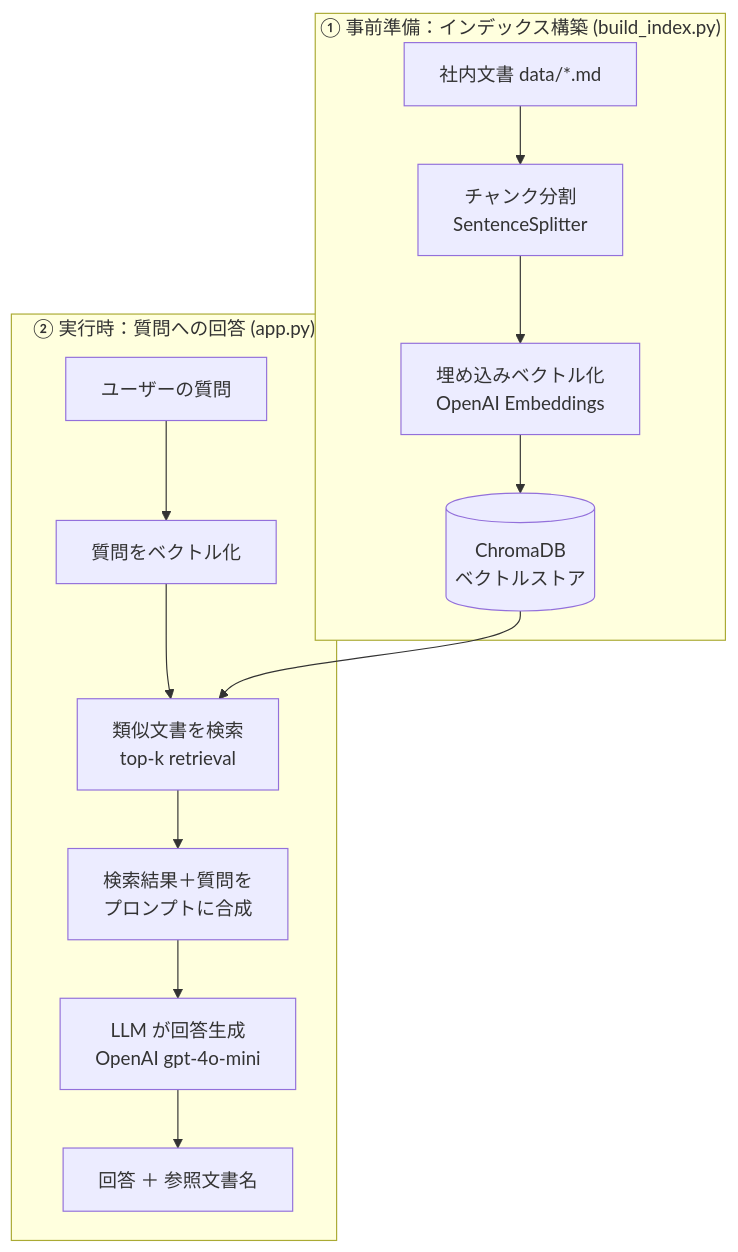
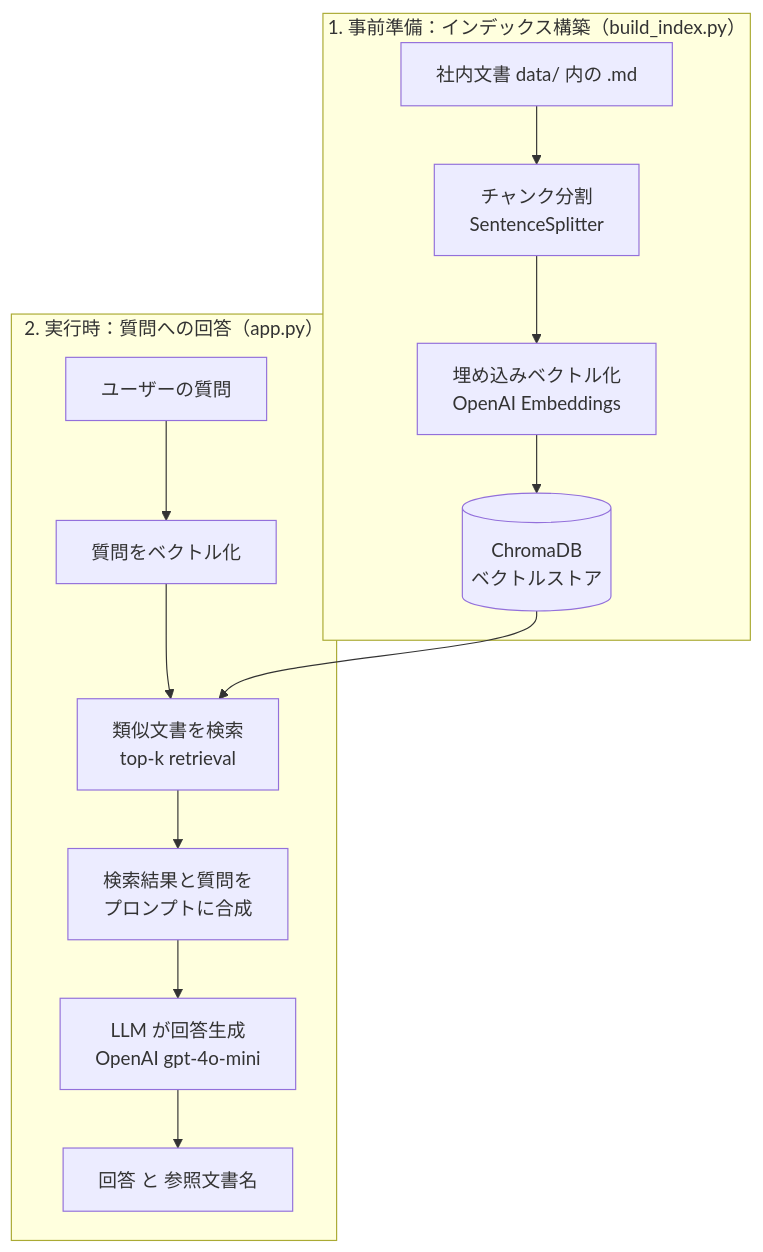
One commit to shun-kakizawa/faq-bot-mvp changed the diagram in README.md. Above: the diagram before and after it, drawn with Mermaid.

````diff
--- a/README.md
+++ b/README.md
@@ -41,17 +41,17 @@
 ```mermaid
 flowchart TD
-    subgraph Ingest["① 事前準備：インデックス構築 (build_index.py)"]
-        A[社内文書 data/*.md] --> B[チャンク分割<br/>SentenceSplitter]
-        B --> C[埋め込みベクトル化<br/>OpenAI Embeddings]
-        C --> D[(ChromaDB<br/>ベクトルストア)]
+    subgraph Ingest["1. 事前準備：インデックス構築（build_index.py）"]
+        A["社内文書 data/ 内の .md"] --> B["チャンク分割<br/>SentenceSplitter"]
+        B --> C["埋め込みベクトル化<br/>OpenAI Embeddings"]
+        C --> D[("ChromaDB<br/>ベクトルストア")]
     end
 
-    subgraph Query["② 実行時：質問への回答 (app.py)"]
-        Q[ユーザーの質問] --> E[質問をベクトル化]
-        E --> F[類似文書を検索<br/>top-k retrieval]
+    subgraph Query["2. 実行時：質問への回答（app.py）"]
+        Q["ユーザーの質問"] --> E["質問をベクトル化"]
+        E --> F["類似文書を検索<br/>top-k retrieval"]
         D --> F
-        F --> G[検索結果＋質問を<br/>プロンプトに合成]
-        G --> H[LLM が回答生成<br/>OpenAI gpt-4o-mini]
-        H --> R[回答 ＋ 参照文書名]
+        F --> G["検索結果と質問を<br/>プロンプトに合成"]
+        G --> H["LLM が回答生成<br/>OpenAI gpt-4o-mini"]
+        H --> R["回答 と 参照文書名"]
     end
 ```
````
